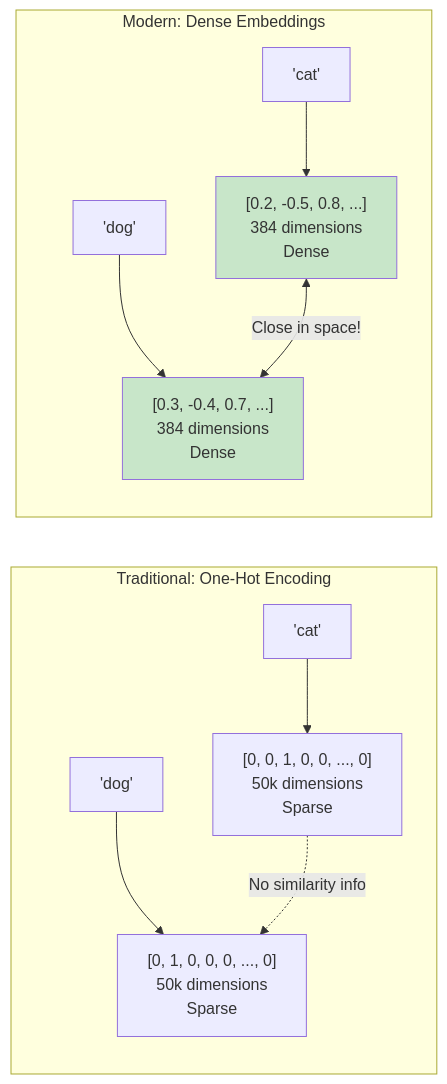
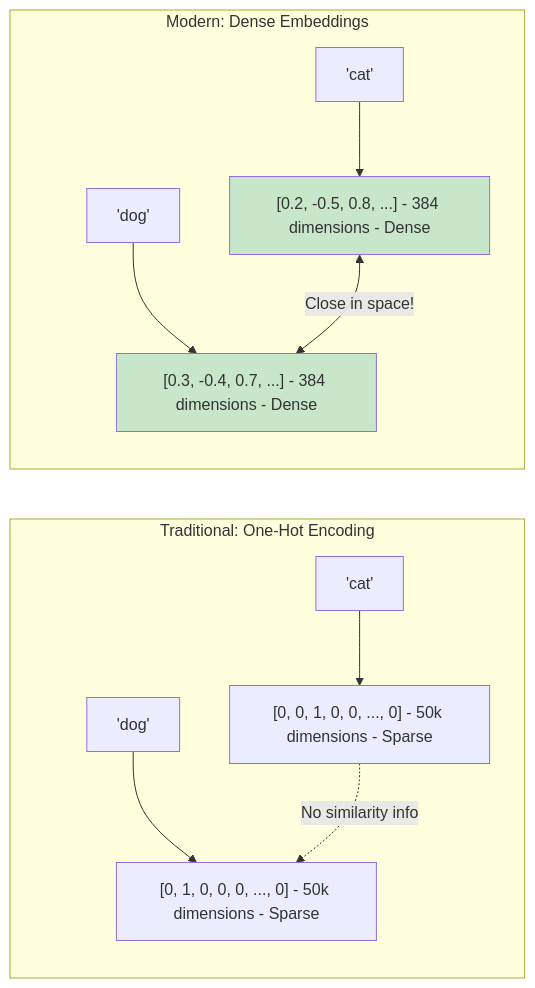
One commit to indhra/llm_rag_sec_findings changed the first of 9 diagrams in docs/learning/02-embeddings-vectors.md. Above: the diagram before and after it, drawn with Mermaid. The commit also changed other lines of this file and 9 other files, not shown here.

````diff
--- a/docs/learning/02-embeddings-vectors.md
+++ b/docs/learning/02-embeddings-vectors.md
@@ -23,18 +23,18 @@
 ```mermaid
 graph LR
     subgraph "Traditional: One-Hot Encoding"
-        T1["'cat'"] --> V1["[0, 0, 1, 0, 0, ..., 0]<br/>50k dimensions<br/>Sparse"]
-        T2["'dog'"] --> V2["[0, 1, 0, 0, 0, ..., 0]<br/>50k dimensions<br/>Sparse"]
+        T1["'cat'"] --> V1["[0, 0, 1, 0, 0, ..., 0] - 50k dimensions - Sparse"]
+        T2["'dog'"] --> V2["[0, 1, 0, 0, 0, ..., 0] - 50k dimensions - Sparse"]
     end
     
     subgraph "Modern: Dense Embeddings"
-        T3["'cat'"] --> V3["[0.2, -0.5, 0.8, ...]<br/>384 dimensions<br/>Dense"]
-        T4["'dog'"] --> V4["[0.3, -0.4, 0.7, ...]<br/>384 dimensions<br/>Dense"]
+        T3["'cat'"] --> V3["[0.2, -0.5, 0.8, ...] - 384 dimensions - Dense"]
+        T4["'dog'"] --> V4["[0.3, -0.4, 0.7, ...] - 384 dimensions - Dense"]
     end
     
     V1 -.->|No similarity info| V2
     V3 <-->|Close in space!| V4
     
     style V3 fill:#c8e6c9
     style V4 fill:#c8e6c9
 ```
````
